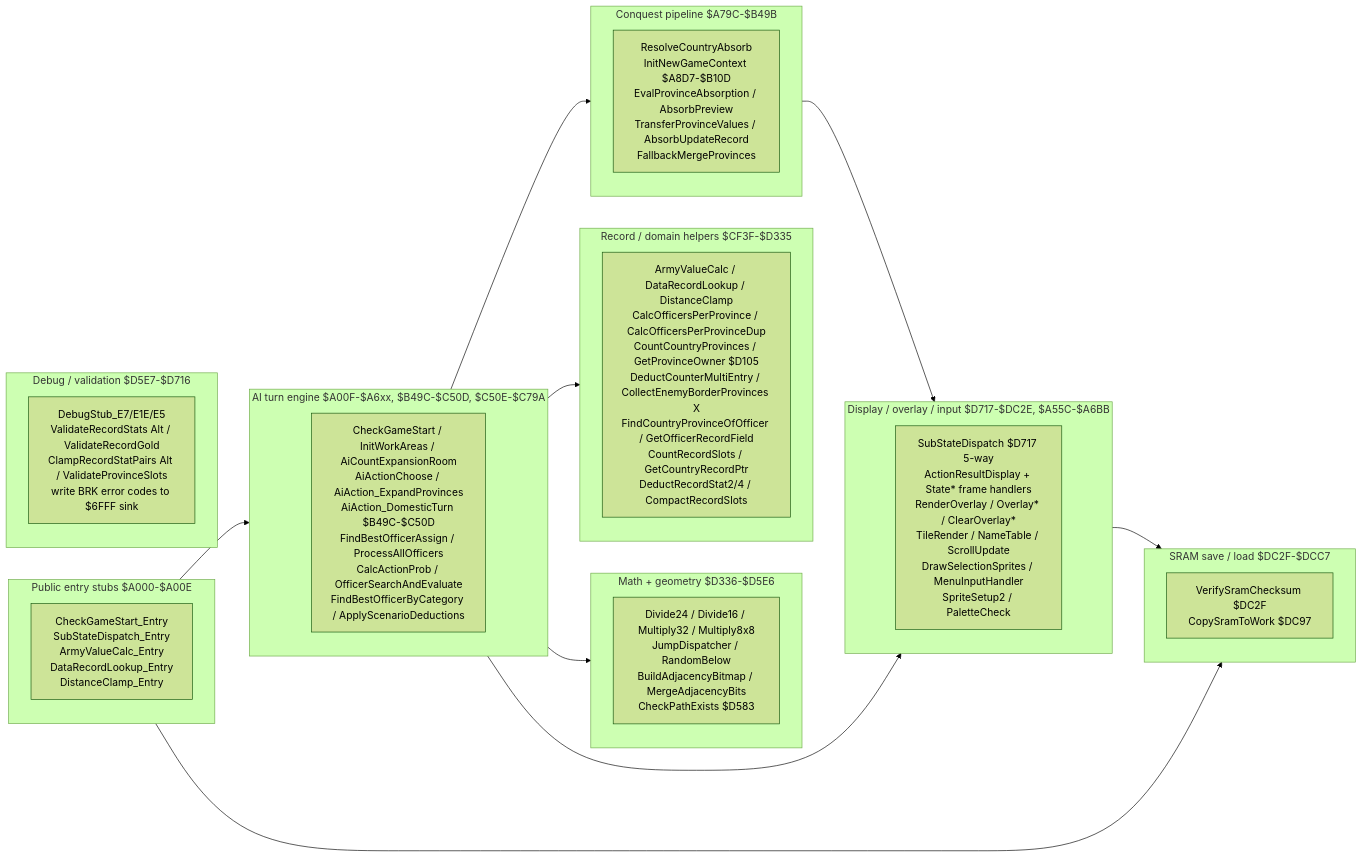
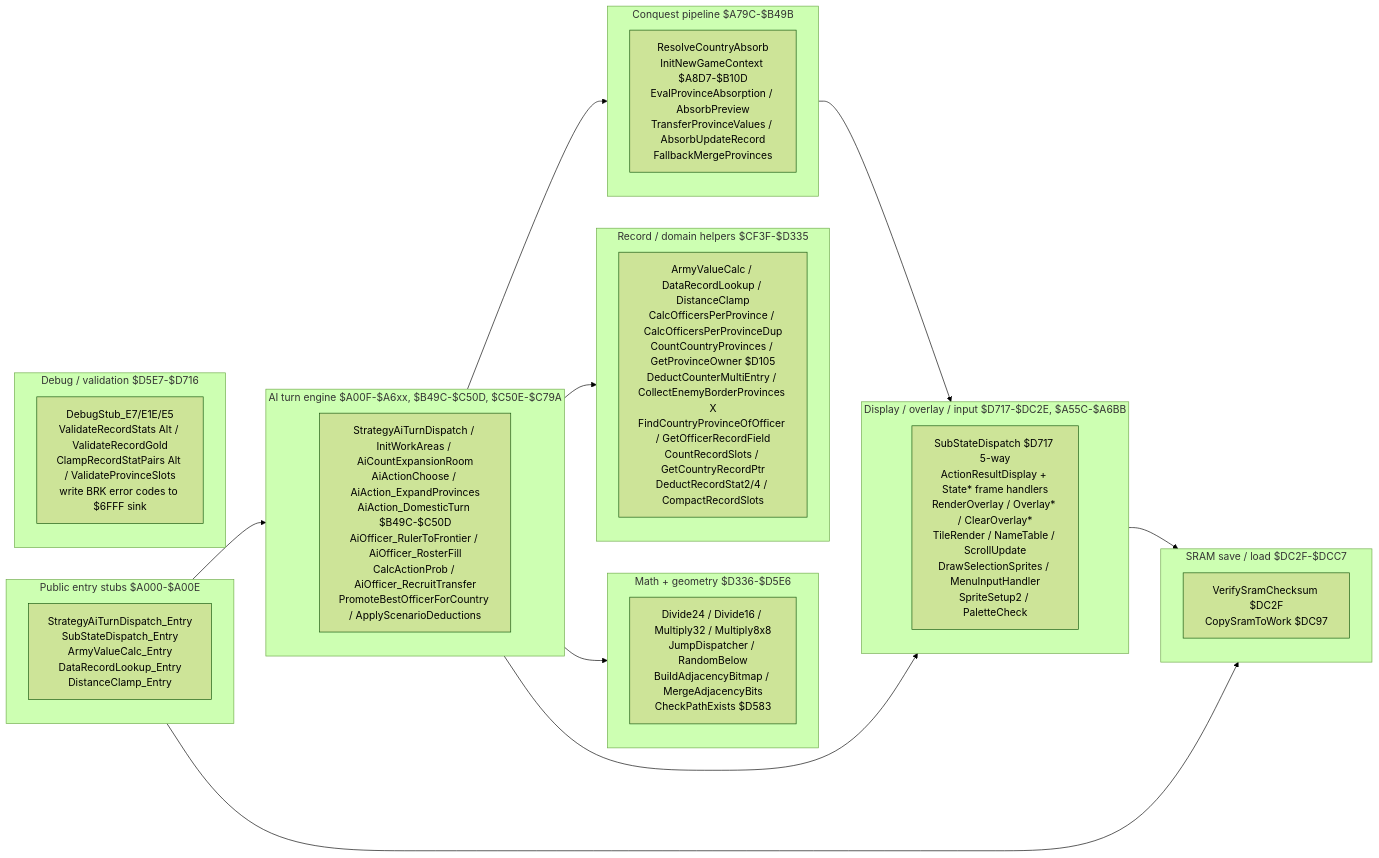
Before and after one commit to rabbyzero/sango2dasm: the fourth of 4 diagrams in code/strategy_ai_decision_tree.md, drawn with Mermaid (forest theme). The commit also changed other lines of this file and 8 other files, not shown here.

First line of the commit message:
Decode strategy AI turn dispatch and align officer routine names

````diff
--- a/code/strategy_ai_decision_tree.md
+++ b/code/strategy_ai_decision_tree.md
@@ -266,43 +266,43 @@
 ```mermaid
 flowchart LR
     subgraph PUB["Public entry stubs $A000-$A00E"]
         direction TB
-        P1["CheckGameStart_Entry<br/>SubStateDispatch_Entry<br/>ArmyValueCalc_Entry<br/>DataRecordLookup_Entry<br/>DistanceClamp_Entry"]
+        P1["StrategyAiTurnDispatch_Entry<br/>SubStateDispatch_Entry<br/>ArmyValueCalc_Entry<br/>DataRecordLookup_Entry<br/>DistanceClamp_Entry"]
     end
     subgraph AI["AI turn engine $A00F-$A6xx, $B49C-$C50D, $C50E-$C79A"]
         direction TB
-        A1["CheckGameStart / InitWorkAreas / AiCountExpansionRoom<br/>AiActionChoose / AiAction_ExpandProvinces<br/>AiAction_DomesticTurn $B49C-$C50D<br/>FindBestOfficerAssign / ProcessAllOfficers<br/>CalcActionProb / OfficerSearchAndEvaluate<br/>FindBestOfficerByCategory / ApplyScenarioDeductions"]
+        A1["StrategyAiTurnDispatch / InitWorkAreas / AiCountExpansionRoom<br/>AiActionChoose / AiAction_ExpandProvinces<br/>AiAction_DomesticTurn $B49C-$C50D<br/>AiOfficer_RulerToFrontier / AiOfficer_RosterFill<br/>CalcActionProb / AiOfficer_RecruitTransfer<br/>PromoteBestOfficerForCountry / ApplyScenarioDeductions"]
     end
     subgraph ABS["Conquest pipeline $A79C-$B49B"]
         direction TB
         B1["ResolveCountryAbsorb<br/>InitNewGameContext $A8D7-$B10D<br/>EvalProvinceAbsorption / AbsorbPreview<br/>TransferProvinceValues / AbsorbUpdateRecord<br/>FallbackMergeProvinces"]
     end
     subgraph DOM["Record / domain helpers $CF3F-$D335"]
         direction TB
         C1["ArmyValueCalc / DataRecordLookup / DistanceClamp<br/>CalcOfficersPerProvince / CalcOfficersPerProvinceDup<br/>CountCountryProvinces / GetProvinceOwner $D105<br/>DeductCounterMultiEntry / CollectEnemyBorderProvinces X<br/>FindCountryProvinceOfOfficer / GetOfficerRecordField<br/>CountRecordSlots / GetCountryRecordPtr<br/>DeductRecordStat2/4 / CompactRecordSlots"]
     end
     subgraph MATH["Math + geometry $D336-$D5E6"]
         direction TB
         D1["Divide24 / Divide16 / Multiply32 / Multiply8x8<br/>JumpDispatcher / RandomBelow<br/>BuildAdjacencyBitmap / MergeAdjacencyBits<br/>CheckPathExists $D583"]
     end
     subgraph DBG["Debug / validation $D5E7-$D716"]
         direction TB
         E1["DebugStub_E7/E1E/E5<br/>ValidateRecordStats Alt / ValidateRecordGold<br/>ClampRecordStatPairs Alt / ValidateProvinceSlots<br/>write BRK error codes to $6FFF sink"]
     end
     subgraph UI["Display / overlay / input $D717-$DC2E, $A55C-$A6BB"]
         direction TB
         F1["SubStateDispatch $D717 5-way<br/>ActionResultDisplay + State* frame handlers<br/>RenderOverlay / Overlay* / ClearOverlay*<br/>TileRender / NameTable / ScrollUpdate<br/>DrawSelectionSprites / MenuInputHandler<br/>SpriteSetup2 / PaletteCheck"]
     end
     subgraph SRAM["SRAM save / load $DC2F-$DCC7"]
         direction TB
         G1["VerifySramChecksum $DC2F<br/>CopySramToWork $DC97"]
     end
     PUB --> AI
     AI --> ABS
     AI --> DOM
     AI --> MATH
     AI --> UI
     ABS --> UI
     PUB --> SRAM
     UI --> SRAM
 ```
````
